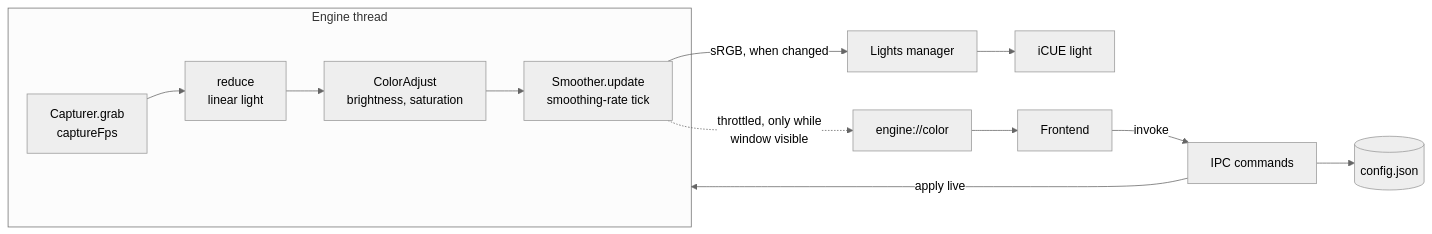
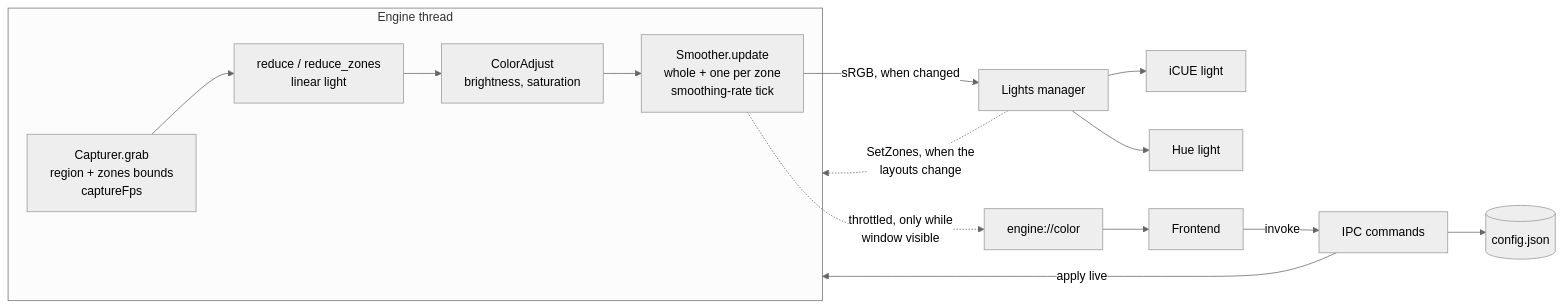
The diagram in docs/architecture.md (smolnetim/glowdrift), drawn with Mermaid (neutral theme) before and after one commit. The commit also changed other lines of this file and 60 other files, not shown here.

Commit message:
feat(lights): drive Philips Hue with per-light screen zones (#10)

````diff
--- a/docs/architecture.md
+++ b/docs/architecture.md
@@ -23,15 +23,17 @@
 ```mermaid
 flowchart LR
     subgraph engine [Engine thread]
-        CAP[Capturer.grab<br/>captureFps] --> RED[reduce<br/>linear light]
+        CAP[Capturer.grab<br/>region + zones bounds<br/>captureFps] --> RED[reduce / reduce_zones<br/>linear light]
         RED --> ADJ[ColorAdjust<br/>brightness, saturation]
-        ADJ --> SM[Smoother.update<br/>smoothing-rate tick]
+        ADJ --> SM[Smoother.update<br/>whole + one per zone<br/>smoothing-rate tick]
     end
     SM -->|sRGB, when changed| OUT[Lights manager]
+    OUT -.->|SetZones, when the<br/>layouts change| engine
     OUT --> ICUE[iCUE light]
+    OUT --> HUE[Hue light]
     SM -.->|throttled, only while<br/>window visible| EVT[engine://color]
     EVT --> UI[Frontend]
     UI -->|invoke| CMD[IPC commands]
     CMD --> CFG[(config.json)]
     CMD -->|apply live| engine
 ```
````
